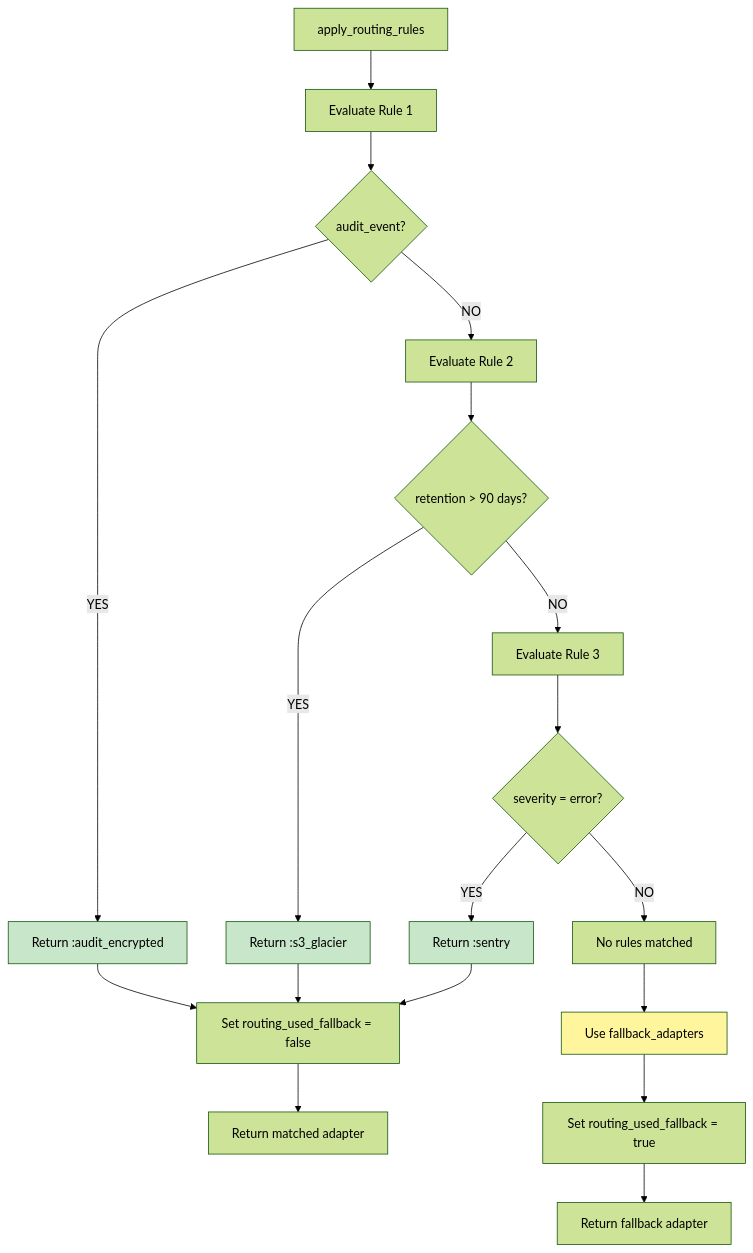
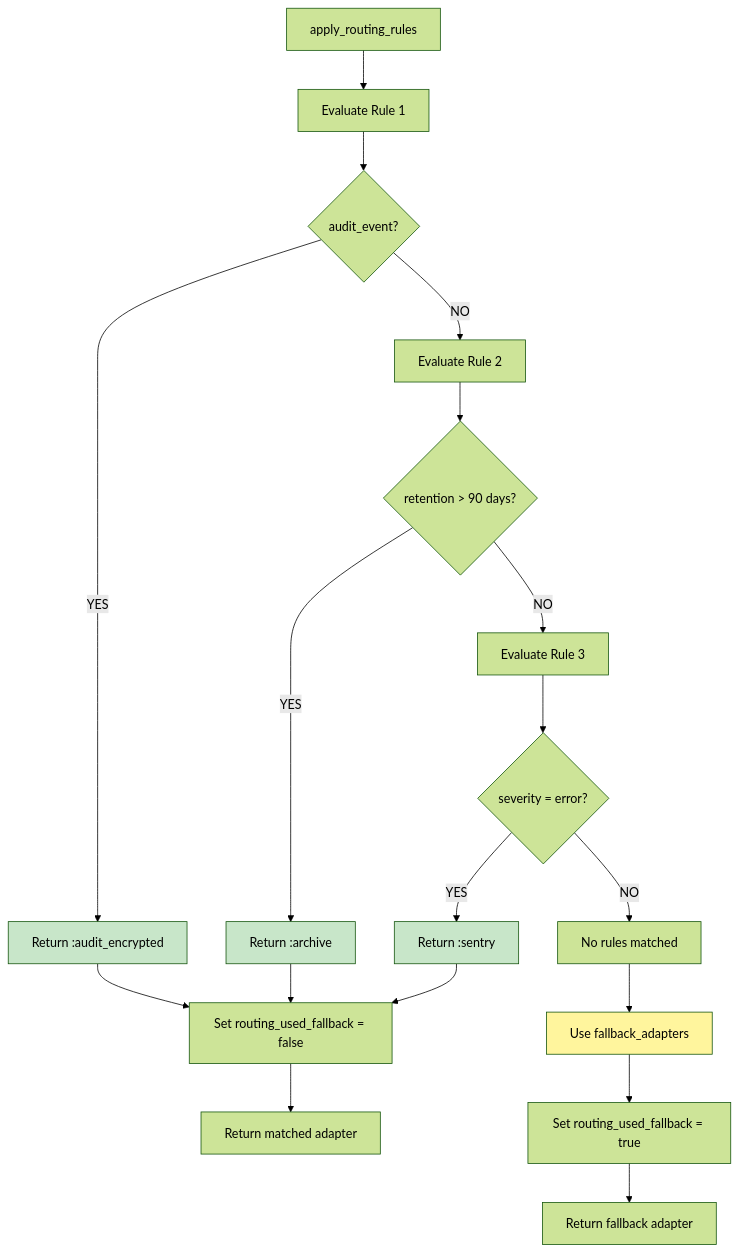
The sixth of 11 diagrams in docs/quality-assurance/EVENT-ROUTING-DIAGRAMS.md (arturseletskiy/e11y), drawn with Mermaid (forest theme) before and after one commit. The commit also changed other lines of this file and 21 other files, not shown here.

````diff
--- a/docs/quality-assurance/EVENT-ROUTING-DIAGRAMS.md
+++ b/docs/quality-assurance/EVENT-ROUTING-DIAGRAMS.md
@@ -263,30 +263,30 @@
 ```mermaid
 flowchart TD
     A[apply_routing_rules] --> B[Evaluate Rule 1]
     B --> C{audit_event?}
     C -->|YES| D[Return :audit_encrypted]
     C -->|NO| E[Evaluate Rule 2]
     
     E --> F{retention > 90 days?}
-    F -->|YES| G[Return :s3_glacier]
+    F -->|YES| G[Return :archive]
     F -->|NO| H[Evaluate Rule 3]
     
     H --> I{severity = error?}
     I -->|YES| J[Return :sentry]
     I -->|NO| K[No rules matched]
     
     K --> L[Use fallback_adapters]
     
     D --> M[Set routing_used_fallback = false]
     G --> M
     J --> M
     L --> N[Set routing_used_fallback = true]
     
     M --> O[Return matched adapter]
     N --> P[Return fallback adapter]
     
     style D fill:#c8e6c9
     style G fill:#c8e6c9
     style J fill:#c8e6c9
     style L fill:#fff59d
 ```
````
